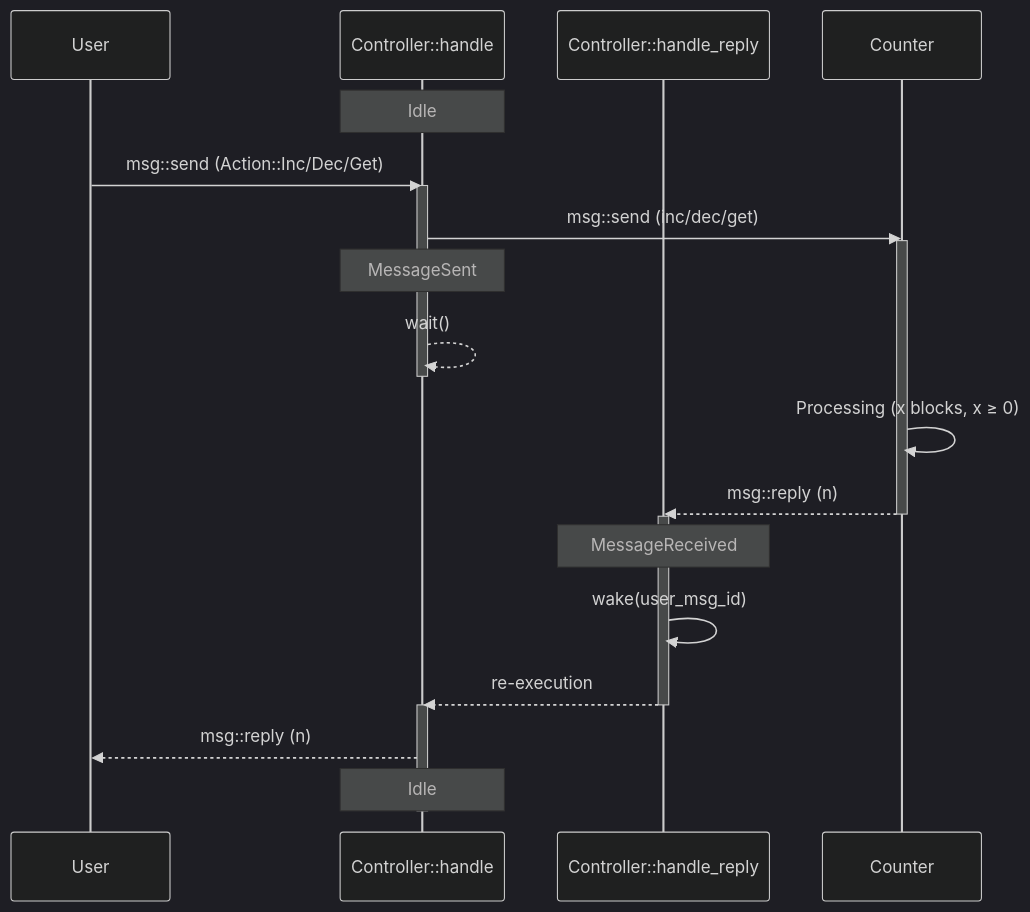
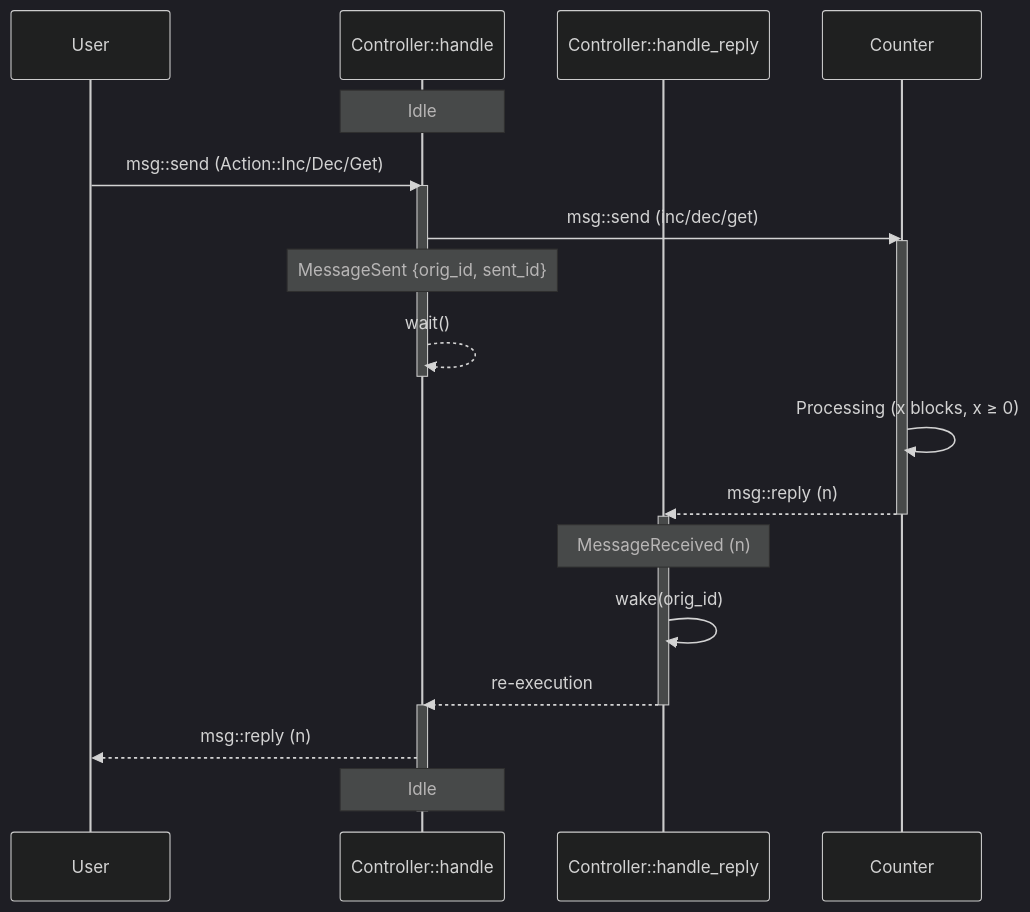
The diagram in syllabus/4-异步逻辑/1-wait-与-wake-slides.md (btwiuse/pba-content), drawn with Mermaid (dark theme) before and after one commit. The commit also changed other lines of this file, not shown here.

````diff
--- a/syllabus/4-异步逻辑/1-wait-与-wake-slides.md
+++ b/syllabus/4-异步逻辑/1-wait-与-wake-slides.md
@@ -97,33 +97,33 @@
 ```mermaid
 sequenceDiagram
     participant User
     participant Handle as Controller::handle
     participant Handle_Reply as Controller::handle_reply
     participant Counter
 
     Note over Handle: Idle
 
     User->>Handle: msg::send (Action::Inc/Dec/Get)
     activate Handle
 
     Handle->>Counter: msg::send (inc/dec/get)
     activate Counter
-    Note over Handle: MessageSent
+    Note over Handle: MessageSent {orig_id, sent_id}
     Handle-->>Handle: wait()
     deactivate Handle
 
     Counter->>Counter: Processing (x blocks, x ≥ 0)
 
     Counter-->>Handle_Reply: msg::reply (n)
     deactivate Counter
     activate Handle_Reply
-    Note over Handle_Reply: MessageReceived
-    Handle_Reply->>Handle_Reply: wake(user_msg_id)
+    Note over Handle_Reply: MessageReceived (n)
+    Handle_Reply->>Handle_Reply: wake(orig_id)
     Handle_Reply-->>Handle: re-execution
     deactivate Handle_Reply
 
     activate Handle
     Handle-->>User: msg::reply (n)
     Note over Handle: Idle
     deactivate Handle
 ```
````
